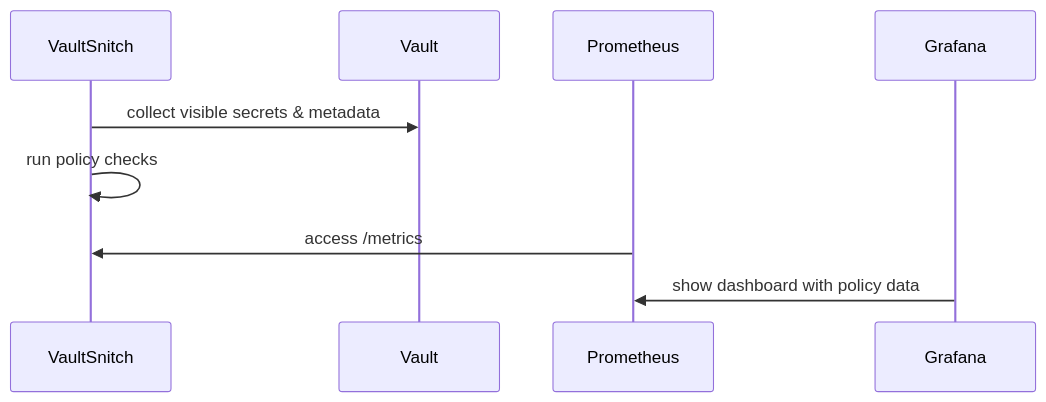
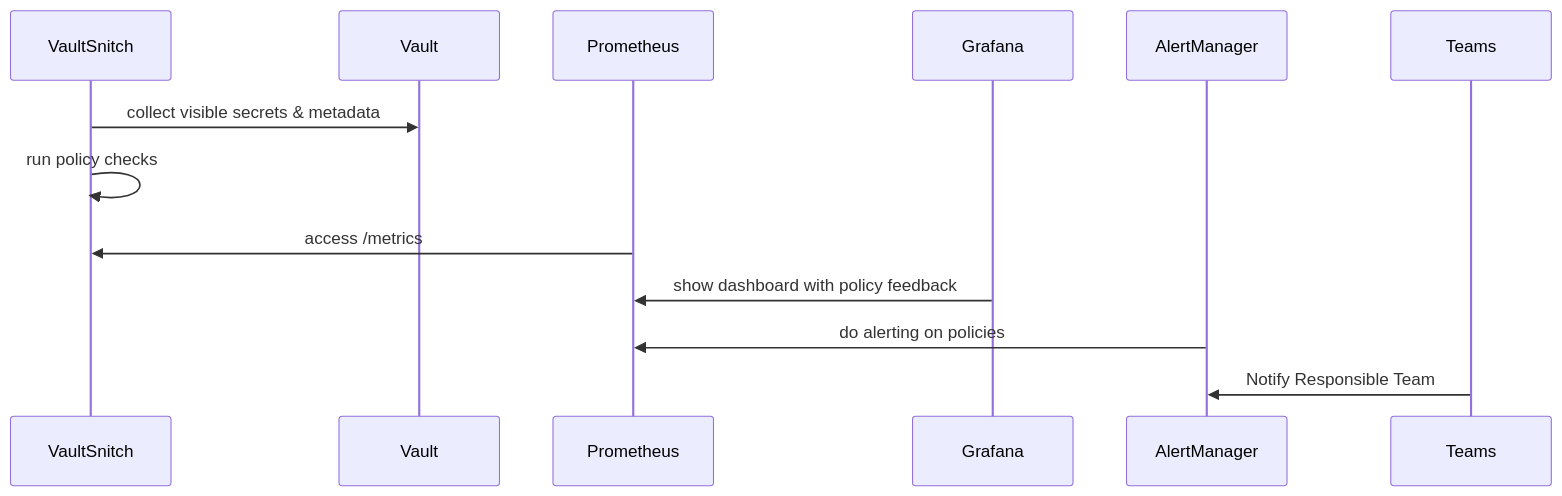
One commit to tastybug/vaultsnitch changed the diagram in README.md. Above: the diagram before and after it, drawn with Mermaid.

````diff
--- a/README.md
+++ b/README.md
@@ -5,7 +5,9 @@
 ```mermaid
 sequenceDiagram
     VaultSnitch->>Vault: collect visible secrets & metadata
     VaultSnitch->>VaultSnitch: run policy checks
     Prometheus->>VaultSnitch: access /metrics
-    Grafana->>Prometheus: show dashboard with policy data
+    Grafana->>Prometheus: show dashboard with policy feedback
+    AlertManager->>Prometheus: do alerting on policies
+    Teams->>AlertManager: Notify Responsible Team
 ```
````
